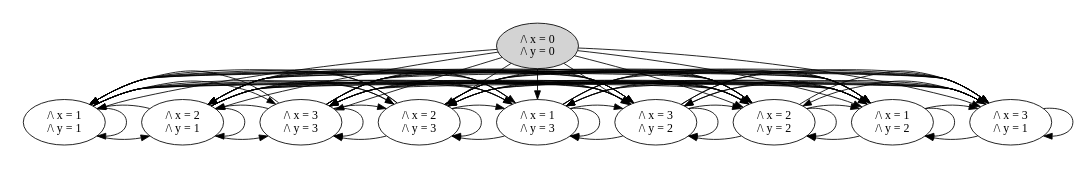
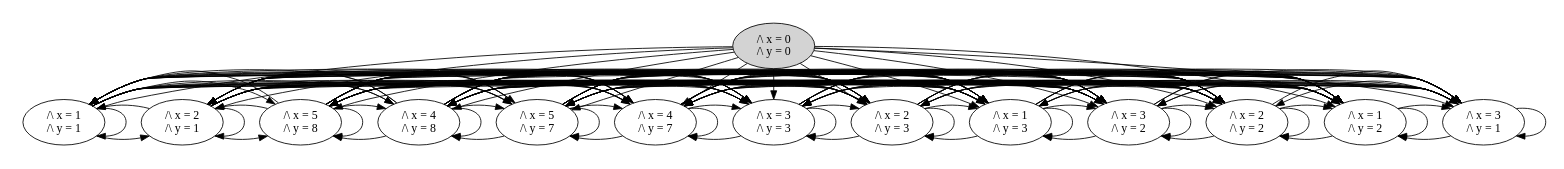
The diagram in specs/with_state_graphs/simple_quant_multi.tla.dot (will62794/tla-web), drawn with Graphviz before and after one commit. The commit also changed 2 other files, not shown here.

```diff
--- a/specs/with_state_graphs/simple_quant_multi.tla.dot
+++ b/specs/with_state_graphs/simple_quant_multi.tla.dot
@@ -21,6 +21,14 @@
 -1835396468595217593 [label="/\\ x = 2\n/\\ y = 3"];
 1317622219392791164 -> -7700404733365208290 [label="",color="black",fontcolor="black"];
 -7700404733365208290 [label="/\\ x = 3\n/\\ y = 3"];
+1317622219392791164 -> 6556685503993503479 [label="",color="black",fontcolor="black"];
+6556685503993503479 [label="/\\ x = 4\n/\\ y = 7"];
+1317622219392791164 -> 2980240189007056558 [label="",color="black",fontcolor="black"];
+2980240189007056558 [label="/\\ x = 5\n/\\ y = 7"];
+1317622219392791164 -> 535330184609923418 [label="",color="black",fontcolor="black"];
+535330184609923418 [label="/\\ x = 4\n/\\ y = 8"];
+1317622219392791164 -> 8415021963530965251 [label="",color="black",fontcolor="black"];
+8415021963530965251 [label="/\\ x = 5\n/\\ y = 8"];
 -5135245217667083873 -> -5135245217667083873 [label="",color="black",fontcolor="black"];
 -5135245217667083873 -> 3194718562996887924 [label="",color="black",fontcolor="black"];
 -5135245217667083873 -> 6913057898010587437 [label="",color="black",fontcolor="black"];
@@ -30,6 +38,10 @@
 -5135245217667083873 -> 8244198208000531372 [label="",color="black",fontcolor="black"];
 -5135245217667083873 -> -1835396468595217593 [label="",color="black",fontcolor="black"];
 -5135245217667083873 -> -7700404733365208290 [label="",color="black",fontcolor="black"];
+-5135245217667083873 -> 6556685503993503479 [label="",color="black",fontcolor="black"];
+-5135245217667083873 -> 2980240189007056558 [label="",color="black",fontcolor="black"];
+-5135245217667083873 -> 535330184609923418 [label="",color="black",fontcolor="black"];
+-5135245217667083873 -> 8415021963530965251 [label="",color="black",fontcolor="black"];
 3194718562996887924 -> -5135245217667083873 [label="",color="black",fontcolor="black"];
 3194718562996887924 -> 3194718562996887924 [label="",color="black",fontcolor="black"];
 3194718562996887924 -> 6913057898010587437 [label="",color="black",fontcolor="black"];
@@ -39,6 +51,10 @@
 3194718562996887924 -> 8244198208000531372 [label="",color="black",fontcolor="black"];
 3194718562996887924 -> -1835396468595217593 [label="",color="black",fontcolor="black"];
 3194718562996887924 -> -7700404733365208290 [label="",color="black",fontcolor="black"];
+3194718562996887924 -> 6556685503993503479 [label="",color="black",fontcolor="black"];
+3194718562996887924 -> 2980240189007056558 [label="",color="black",fontcolor="black"];
+3194718562996887924 -> 535330184609923418 [label="",color="black",fontcolor="black"];
+3194718562996887924 -> 8415021963530965251 [label="",color="black",fontcolor="black"];
 6913057898010587437 -> -5135245217667083873 [label="",color="black",fontcolor="black"];
 6913057898010587437 -> 3194718562996887924 [label="",color="black",fontcolor="black"];
 6913057898010587437 -> 6913057898010587437 [label="",color="black",fontcolor="black"];
@@ -48,6 +64,10 @@
 6913057898010587437 -> 8244198208000531372 [label="",color="black",fontcolor="black"];
 6913057898010587437 -> -1835396468595217593 [label="",color="black",fontcolor="black"];
 6913057898010587437 -> -7700404733365208290 [label="",color="black",fontcolor="black"];
+6913057898010587437 -> 6556685503993503479 [label="",color="black",fontcolor="black"];
+6913057898010587437 -> 2980240189007056558 [label="",color="black",fontcolor="black"];
+6913057898010587437 -> 535330184609923418 [label="",color="black",fontcolor="black"];
+6913057898010587437 -> 8415021963530965251 [label="",color="black",fontcolor="black"];
 -6107334885006858218 -> -5135245217667083873 [label="",color="black",fontcolor="black"];
 -6107334885006858218 -> 3194718562996887924 [label="",color="black",fontcolor="black"];
 -6107334885006858218 -> 6913057898010587437 [label="",color="black",fontcolor="black"];
@@ -57,6 +77,10 @@
 -6107334885006858218 -> 8244198208000531372 [label="",color="black",fontcolor="black"];
 -6107334885006858218 -> -1835396468595217593 [label="",color="black",fontcolor="black"];
 -6107334885006858218 -> -7700404733365208290 [label="",color="black",fontcolor="black"];
+-6107334885006858218 -> 6556685503993503479 [label="",color="black",fontcolor="black"];
+-6107334885006858218 -> 2980240189007056558 [label="",color="black",fontcolor="black"];
+-6107334885006858218 -> 535330184609923418 [label="",color="black",fontcolor="black"];
+-6107334885006858218 -> 8415021963530965251 [label="",color="black",fontcolor="black"];
 4598308751160121597 -> -5135245217667083873 [label="",color="black",fontcolor="black"];
 4598308751160121597 -> 3194718562996887924 [label="",color="black",fontcolor="black"];
 4598308751160121597 -> 6913057898010587437 [label="",color="black",fontcolor="black"];
@@ -66,6 +90,10 @@
 4598308751160121597 -> 8244198208000531372 [label="",color="black",fontcolor="black"];
 4598308751160121597 -> -1835396468595217593 [label="",color="black",fontcolor="black"];
 4598308751160121597 -> -7700404733365208290 [label="",color="black",fontcolor="black"];
+4598308751160121597 -> 6556685503993503479 [label="",color="black",fontcolor="black"];
+4598308751160121597 -> 2980240189007056558 [label="",color="black",fontcolor="black"];
+4598308751160121597 -> 535330184609923418 [label="",color="black",fontcolor="black"];
+4598308751160121597 -> 8415021963530965251 [label="",color="black",fontcolor="black"];
 5509467366236326052 -> -5135245217667083873 [label="",color="black",fontcolor="black"];
 5509467366236326052 -> 3194718562996887924 [label="",color="black",fontcolor="black"];
 5509467366236326052 -> 6913057898010587437 [label="",color="black",fontcolor="black"];
@@ -75,6 +103,10 @@
 5509467366236326052 -> 8244198208000531372 [label="",color="black",fontcolor="black"];
 5509467366236326052 -> -1835396468595217593 [label="",color="black",fontcolor="black"];
 5509467366236326052 -> -7700404733365208290 [label="",color="black",fontcolor="black"];
+5509467366236326052 -> 6556685503993503479 [label="",color="black",fontcolor="black"];
+5509467366236326052 -> 2980240189007056558 [label="",color="black",fontcolor="black"];
+5509467366236326052 -> 535330184609923418 [label="",color="black",fontcolor="black"];
+5509467366236326052 -> 8415021963530965251 [label="",color="black",fontcolor="black"];
 8244198208000531372 -> -5135245217667083873 [label="",color="black",fontcolor="black"];
 8244198208000531372 -> 3194718562996887924 [label="",color="black",fontcolor="black"];
 8244198208000531372 -> 6913057898010587437 [label="",color="black",fontcolor="black"];
@@ -84,6 +116,10 @@
 8244198208000531372 -> 8244198208000531372 [label="",color="black",fontcolor="black"];
 8244198208000531372 -> -1835396468595217593 [label="",color="black",fontcolor="black"];
 8244198208000531372 -> -7700404733365208290 [label="",color="black",fontcolor="black"];
+8244198208000531372 -> 6556685503993503479 [label="",color="black",fontcolor="black"];
+8244198208000531372 -> 2980240189007056558 [label="",color="black",fontcolor="black"];
+8244198208000531372 -> 535330184609923418 [label="",color="black",fontcolor="black"];
+8244198208000531372 -> 8415021963530965251 [label="",color="black",fontcolor="black"];
 -1835396468595217593 -> -5135245217667083873 [label="",color="black",fontcolor="black"];
 -1835396468595217593 -> 3194718562996887924 [label="",color="black",fontcolor="black"];
 -1835396468595217593 -> 6913057898010587437 [label="",color="black",fontcolor="black"];
@@ -93,6 +129,10 @@
 -1835396468595217593 -> 8244198208000531372 [label="",color="black",fontcolor="black"];
 -1835396468595217593 -> -1835396468595217593 [label="",color="black",fontcolor="black"];
 -1835396468595217593 -> -7700404733365208290 [label="",color="black",fontcolor="black"];
+-1835396468595217593 -> 6556685503993503479 [label="",color="black",fontcolor="black"];
+-1835396468595217593 -> 2980240189007056558 [label="",color="black",fontcolor="black"];
+-1835396468595217593 -> 535330184609923418 [label="",color="black",fontcolor="black"];
+-1835396468595217593 -> 8415021963530965251 [label="",color="black",fontcolor="black"];
 -7700404733365208290 -> -5135245217667083873 [label="",color="black",fontcolor="black"];
 -7700404733365208290 -> 3194718562996887924 [label="",color="black",fontcolor="black"];
 -7700404733365208290 -> 6913057898010587437 [label="",color="black",fontcolor="black"];
@@ -102,7 +142,63 @@
 -7700404733365208290 -> 8244198208000531372 [label="",color="black",fontcolor="black"];
 -7700404733365208290 -> -1835396468595217593 [label="",color="black",fontcolor="black"];
 -7700404733365208290 -> -7700404733365208290 [label="",color="black",fontcolor="black"];
+-7700404733365208290 -> 6556685503993503479 [label="",color="black",fontcolor="black"];
+-7700404733365208290 -> 2980240189007056558 [label="",color="black",fontcolor="black"];
+-7700404733365208290 -> 535330184609923418 [label="",color="black",fontcolor="black"];
+-7700404733365208290 -> 8415021963530965251 [label="",color="black",fontcolor="black"];
+6556685503993503479 -> -5135245217667083873 [label="",color="black",fontcolor="black"];
+6556685503993503479 -> 3194718562996887924 [label="",color="black",fontcolor="black"];
+6556685503993503479 -> 6913057898010587437 [label="",color="black",fontcolor="black"];
+6556685503993503479 -> -6107334885006858218 [label="",color="black",fontcolor="black"];
+6556685503993503479 -> 4598308751160121597 [label="",color="black",fontcolor="black"];
+6556685503993503479 -> 5509467366236326052 [label="",color="black",fontcolor="black"];
+6556685503993503479 -> 8244198208000531372 [label="",color="black",fontcolor="black"];
+6556685503993503479 -> -1835396468595217593 [label="",color="black",fontcolor="black"];
+6556685503993503479 -> -7700404733365208290 [label="",color="black",fontcolor="black"];
+6556685503993503479 -> 6556685503993503479 [label="",color="black",fontcolor="black"];
+6556685503993503479 -> 2980240189007056558 [label="",color="black",fontcolor="black"];
+6556685503993503479 -> 535330184609923418 [label="",color="black",fontcolor="black"];
+6556685503993503479 -> 8415021963530965251 [label="",color="black",fontcolor="black"];
+2980240189007056558 -> -5135245217667083873 [label="",color="black",fontcolor="black"];
+2980240189007056558 -> 3194718562996887924 [label="",color="black",fontcolor="black"];
+2980240189007056558 -> 6913057898010587437 [label="",color="black",fontcolor="black"];
+2980240189007056558 -> -6107334885006858218 [label="",color="black",fontcolor="black"];
+2980240189007056558 -> 4598308751160121597 [label="",color="black",fontcolor="black"];
+2980240189007056558 -> 5509467366236326052 [label="",color="black",fontcolor="black"];
+2980240189007056558 -> 8244198208000531372 [label="",color="black",fontcolor="black"];
+2980240189007056558 -> -1835396468595217593 [label="",color="black",fontcolor="black"];
+2980240189007056558 -> -7700404733365208290 [label="",color="black",fontcolor="black"];
+2980240189007056558 -> 6556685503993503479 [label="",color="black",fontcolor="black"];
+2980240189007056558 -> 2980240189007056558 [label="",color="black",fontcolor="black"];
+2980240189007056558 -> 535330184609923418 [label="",color="black",fontcolor="black"];
+2980240189007056558 -> 8415021963530965251 [label="",color="black",fontcolor="black"];
+535330184609923418 -> -5135245217667083873 [label="",color="black",fontcolor="black"];
+535330184609923418 -> 3194718562996887924 [label="",color="black",fontcolor="black"];
+535330184609923418 -> 6913057898010587437 [label="",color="black",fontcolor="black"];
+535330184609923418 -> -6107334885006858218 [label="",color="black",fontcolor="black"];
+535330184609923418 -> 4598308751160121597 [label="",color="black",fontcolor="black"];
+535330184609923418 -> 5509467366236326052 [label="",color="black",fontcolor="black"];
+535330184609923418 -> 8244198208000531372 [label="",color="black",fontcolor="black"];
+535330184609923418 -> -1835396468595217593 [label="",color="black",fontcolor="black"];
+535330184609923418 -> -7700404733365208290 [label="",color="black",fontcolor="black"];
+535330184609923418 -> 6556685503993503479 [label="",color="black",fontcolor="black"];
+535330184609923418 -> 2980240189007056558 [label="",color="black",fontcolor="black"];
+535330184609923418 -> 535330184609923418 [label="",color="black",fontcolor="black"];
+535330184609923418 -> 8415021963530965251 [label="",color="black",fontcolor="black"];
+8415021963530965251 -> -5135245217667083873 [label="",color="black",fontcolor="black"];
+8415021963530965251 -> 3194718562996887924 [label="",color="black",fontcolor="black"];
+8415021963530965251 -> 6913057898010587437 [label="",color="black",fontcolor="black"];
+8415021963530965251 -> -6107334885006858218 [label="",color="black",fontcolor="black"];
+8415021963530965251 -> 4598308751160121597 [label="",color="black",fontcolor="black"];
+8415021963530965251 -> 5509467366236326052 [label="",color="black",fontcolor="black"];
+8415021963530965251 -> 8244198208000531372 [label="",color="black",fontcolor="black"];
+8415021963530965251 -> -1835396468595217593 [label="",color="black",fontcolor="black"];
+8415021963530965251 -> -7700404733365208290 [label="",color="black",fontcolor="black"];
+8415021963530965251 -> 6556685503993503479 [label="",color="black",fontcolor="black"];
+8415021963530965251 -> 2980240189007056558 [label="",color="black",fontcolor="black"];
+8415021963530965251 -> 535330184609923418 [label="",color="black",fontcolor="black"];
+8415021963530965251 -> 8415021963530965251 [label="",color="black",fontcolor="black"];
 {rank = same; 1317622219392791164;}
-{rank = same; -1835396468595217593;-5135245217667083873;6913057898010587437;4598308751160121597;8244198208000531372;-7700404733365208290;3194718562996887924;-6107334885006858218;5509467366236326052;}
+{rank = same; -1835396468595217593;-5135245217667083873;4598308751160121597;2980240189007056558;-7700404733365208290;5509467366236326052;6556685503993503479;8415021963530965251;6913057898010587437;535330184609923418;8244198208000531372;3194718562996887924;-6107334885006858218;}
 }
 }
```
